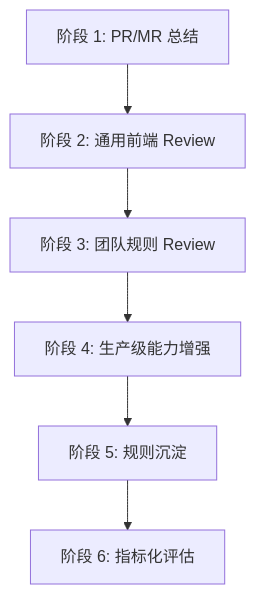
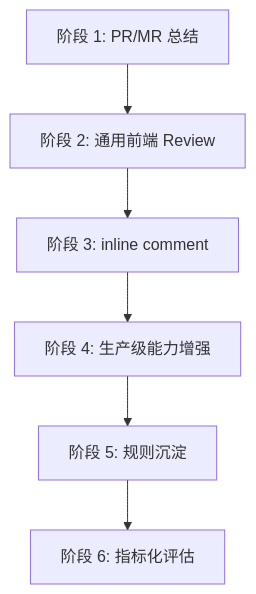
One commit to EThanLee97/code-review-demo changed the third of 3 diagrams in docs/ai-code-review-sharing.md. Above: the diagram before and after it, drawn with Mermaid. The commit also changed other lines of this file and 3 other files, not shown here.

````diff
--- a/docs/ai-code-review-sharing.md
+++ b/docs/ai-code-review-sharing.md
@@ -655,8 +678,8 @@
 ```mermaid
 flowchart TD
   A["阶段 1: PR/MR 总结"] --> B["阶段 2: 通用前端 Review"]
-  B --> C["阶段 3: 团队规则 Review"]
+  B --> C["阶段 3: inline comment"]
   C --> D["阶段 4: 生产级能力增强"]
   D --> E["阶段 5: 规则沉淀"]
   E --> F["阶段 6: 指标化评估"]
 ```
````
